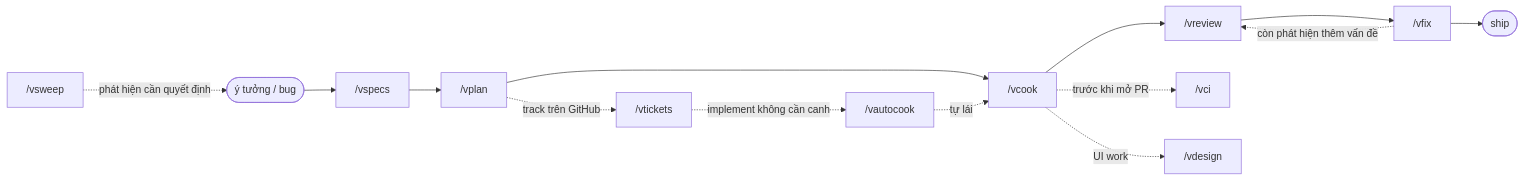
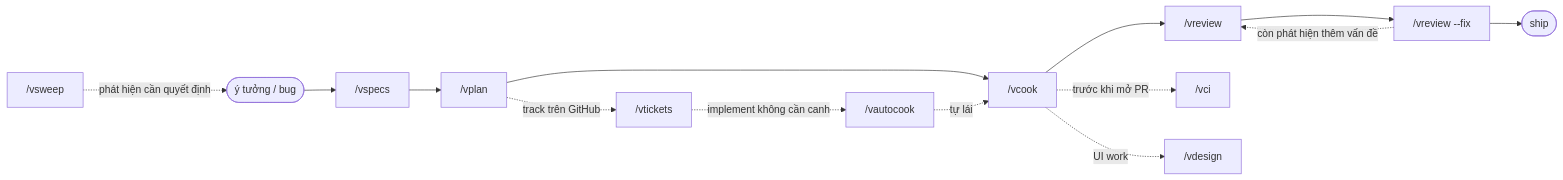
One commit to vyvu99/vskills changed the diagram in README.vi.md. Above: the diagram before and after it, drawn with Mermaid. The commit also changed other lines of this file and 49 other files, not shown here.

Commit message:
feat: vsweep skill audit across all skills; vfix merged into vreview as --fix mode

````diff
--- a/README.vi.md
+++ b/README.vi.md
@@ -59,18 +58,18 @@
 ```mermaid
 flowchart LR
     idea(["ý tưởng / bug"]) --> specs["/vspecs"]
     specs --> plan["/vplan"]
     plan --> cook["/vcook"]
     cook --> review["/vreview"]
-    review --> fix["/vfix"]
+    review --> fix["/vreview --fix"]
     fix -. còn phát hiện thêm vấn đề .-> review
     fix --> ship(["ship"])
 
     plan -. track trên GitHub .-> tickets["/vtickets"]
     tickets -. implement không cần canh .-> auto["/vautocook"]
     auto -. tự lái .-> cook
     cook -. trước khi mở PR .-> ci["/vci"]
     cook -. UI work .-> design["/vdesign"]
 
     sweep["/vsweep"] -. phát hiện cần quyết định .-> idea
 ```
````
